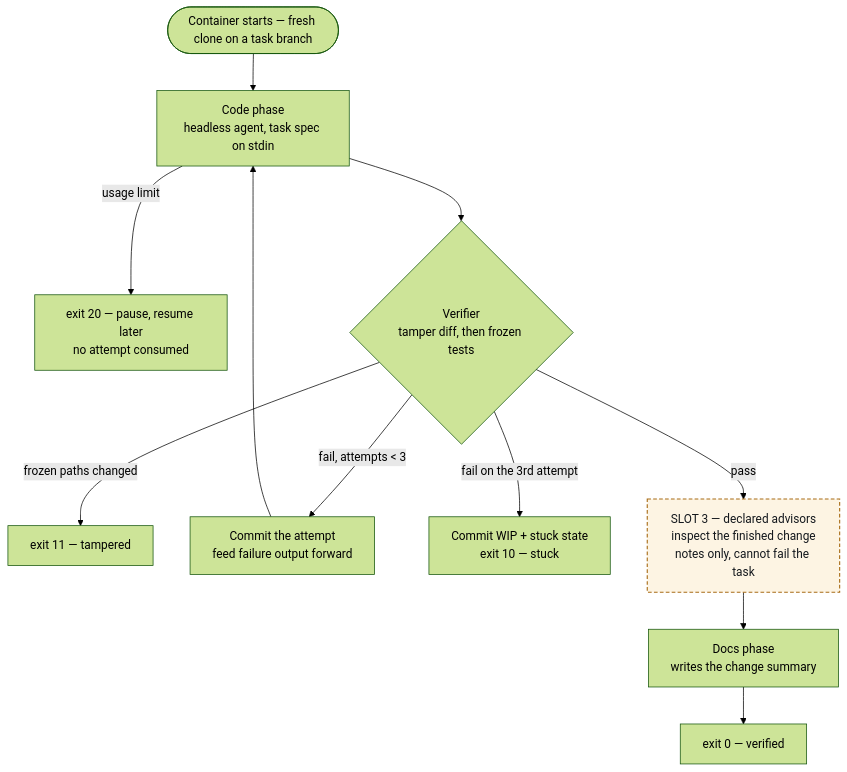
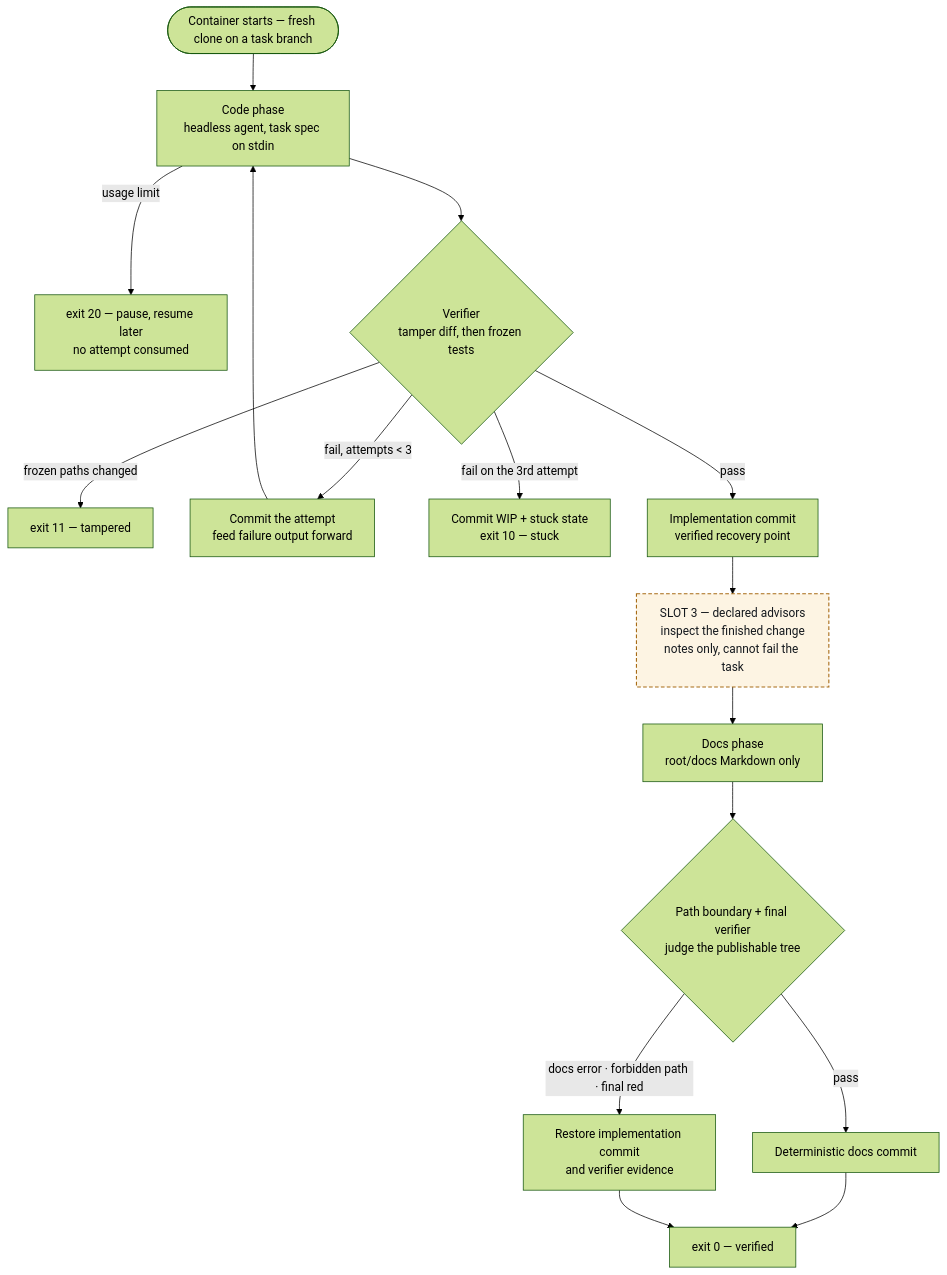
One commit to Chadleewalker/Multi-AgentPipelines changed the second of 5 diagrams in docs/pipeline-diagram.md. Above: the diagram before and after it, drawn with Mermaid (forest theme). The commit also changed other lines of this file and 73 other files, not shown here.

````diff
--- a/docs/pipeline-diagram.md
+++ b/docs/pipeline-diagram.md
@@ -164,16 +164,21 @@
 ```mermaid
 flowchart TB
   S(["Container starts — fresh clone on a task branch"]) --> C1["Code phase<br/>headless agent, task spec on stdin"]
   C1 -->|"usage limit"| RL["exit 20 — pause, resume later<br/>no attempt consumed"]
   C1 --> V{"Verifier<br/>tamper diff, then frozen tests"}
   V -->|"frozen paths changed"| TA["exit 11 — tampered"]
   V -->|"fail, attempts &lt; 3"| FB["Commit the attempt<br/>feed failure output forward"]
   FB --> C1
   V -->|"fail on the 3rd attempt"| ST["Commit WIP + stuck state<br/>exit 10 — stuck"]
-  V -->|"pass"| ADV["SLOT 3 — declared advisors<br/>inspect the finished change<br/>notes only, cannot fail the task"]
-  ADV --> DP["Docs phase<br/>writes the change summary"]
-  DP --> OK["exit 0 — verified"]
+  V -->|"pass"| IC["Implementation commit<br/>verified recovery point"]
+  IC --> ADV["SLOT 3 — declared advisors<br/>inspect the finished change<br/>notes only, cannot fail the task"]
+  ADV --> DP["Docs phase<br/>root/docs Markdown only"]
+  DP --> FV{"Path boundary + final verifier<br/>judge the publishable tree"}
+  FV -->|"pass"| DC["Deterministic docs commit"]
+  FV -->|"docs error · forbidden path · final red"| RB["Restore implementation commit<br/>and verifier evidence"]
+  DC --> OK["exit 0 — verified"]
+  RB --> OK
 
   classDef specialist fill:#fdf4e3,stroke:#a86c17,stroke-width:1.5px,stroke-dasharray:5 3,color:#14181d
   class ADV specialist
 ```
````
